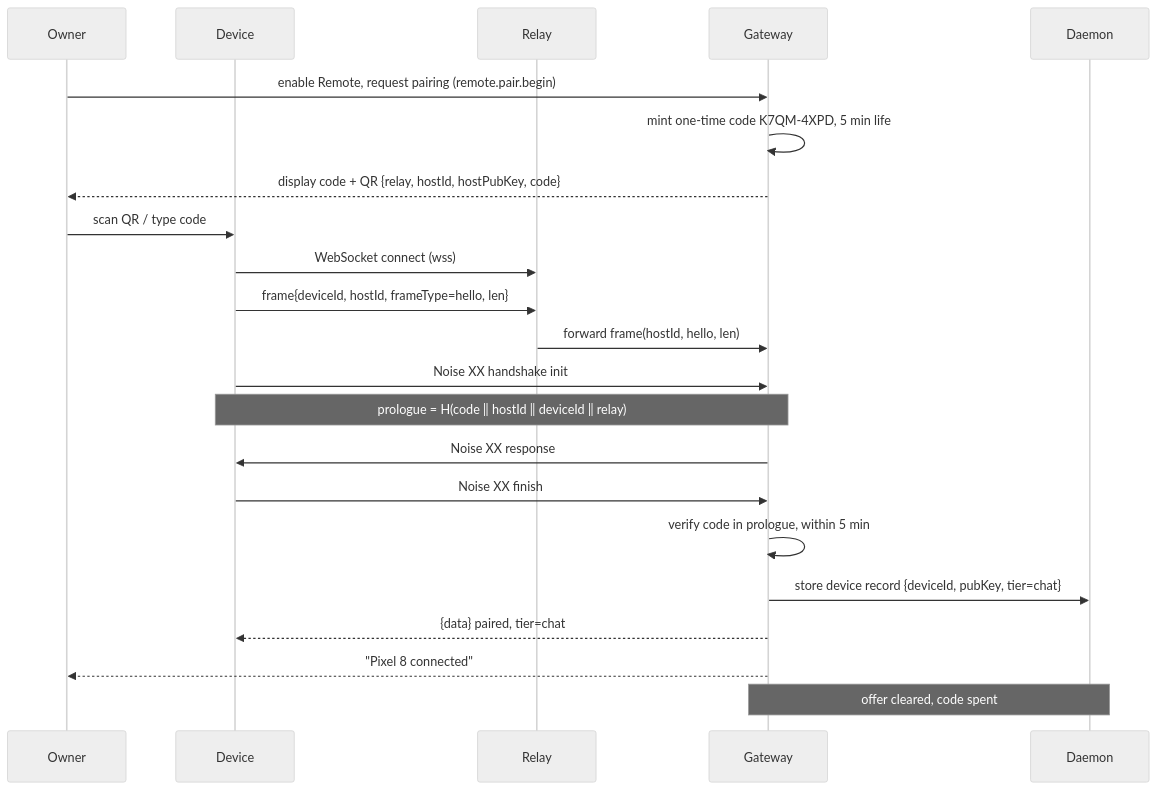
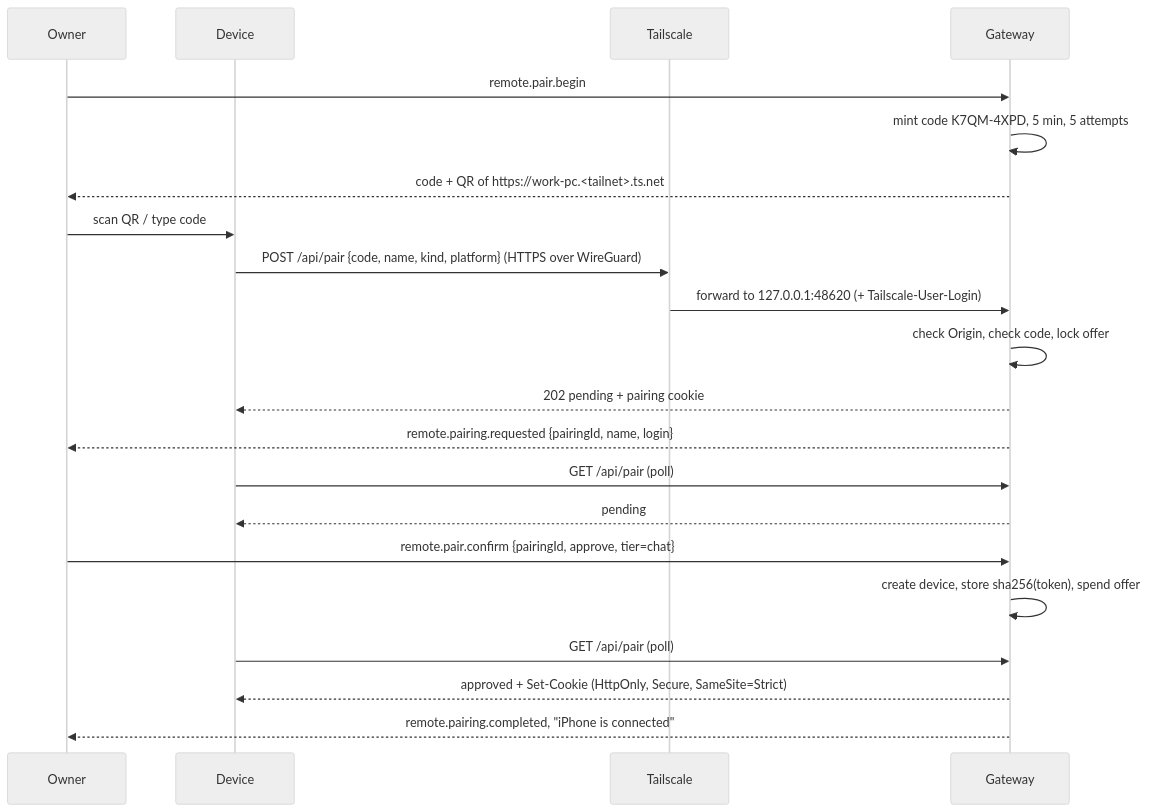
One commit to sico-vibes/bloblex changed the first of 7 diagrams in docs/remote/SEQUENCES.md. Above: the diagram before and after it, drawn with Mermaid (neutral theme). The commit also changed other lines of this file and 10 other files, not shown here.

First line of the commit message:
docs(remote): describe the Tailscale design; add the FIX27 conversations spec

````diff
--- a/docs/remote/SEQUENCES.md
+++ b/docs/remote/SEQUENCES.md
@@ -24,25 +24,24 @@
 ```mermaid
 sequenceDiagram
     participant Owner
     participant Device
-    participant Relay
+    participant Tailscale
     participant Gateway
-    participant Daemon
 
-    Owner->>Gateway: enable Remote, request pairing (remote.pair.begin)
-    Gateway->>Gateway: mint one-time code K7QM-4XPD, 5 min life
-    Gateway-->>Owner: display code + QR {relay, hostId, hostPubKey, code}
+    Owner->>Gateway: remote.pair.begin
+    Gateway->>Gateway: mint code K7QM-4XPD, 5 min, 5 attempts
+    Gateway-->>Owner: code + QR of https://work-pc.<tailnet>.ts.net
     Owner->>Device: scan QR / type code
-    Device->>Relay: WebSocket connect (wss)
-    Device->>Relay: frame{deviceId, hostId, frameType=hello, len}
-    Relay->>Gateway: forward frame(hostId, hello, len)
-    Device->>Gateway: Noise XX handshake init
-    Note over Device,Gateway: prologue = H(code ‖ hostId ‖ deviceId ‖ relay)
-    Gateway->>Device: Noise XX response
-    Device->>Gateway: Noise XX finish
-    Gateway->>Gateway: verify code in prologue, within 5 min
-    Gateway->>Daemon: store device record {deviceId, pubKey, tier=chat}
-    Gateway-->>Device: {data} paired, tier=chat
-    Gateway-->>Owner: "Pixel 8 connected"
-    Note over Gateway,Daemon: offer cleared, code spent
+    Device->>Tailscale: POST /api/pair {code, name, kind, platform} (HTTPS over WireGuard)
+    Tailscale->>Gateway: forward to 127.0.0.1:48620 (+ Tailscale-User-Login)
+    Gateway->>Gateway: check Origin, check code, lock offer
+    Gateway-->>Device: 202 pending + pairing cookie
+    Gateway-->>Owner: remote.pairing.requested {pairingId, name, login}
+    Device->>Gateway: GET /api/pair (poll)
+    Gateway-->>Device: pending
+    Owner->>Gateway: remote.pair.confirm {pairingId, approve, tier=chat}
+    Gateway->>Gateway: create device, store sha256(token), spend offer
+    Device->>Gateway: GET /api/pair (poll)
+    Gateway-->>Device: approved + Set-Cookie (HttpOnly, Secure, SameSite=Strict)
+    Gateway-->>Owner: remote.pairing.completed, "iPhone is connected"
 ```
````
